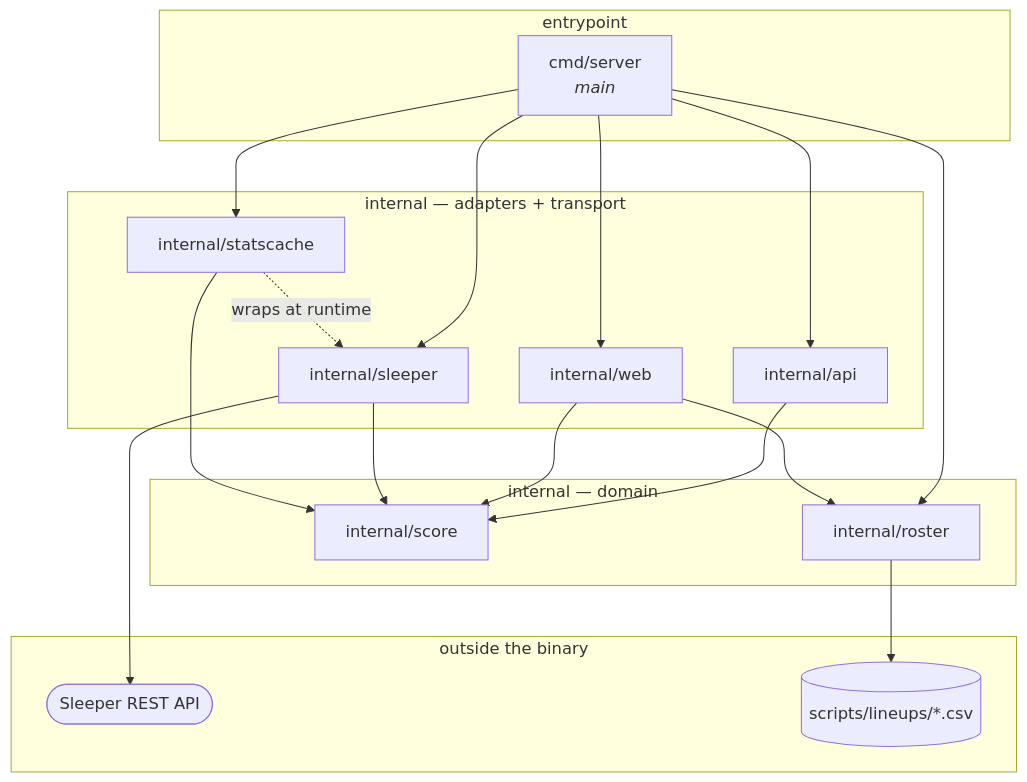
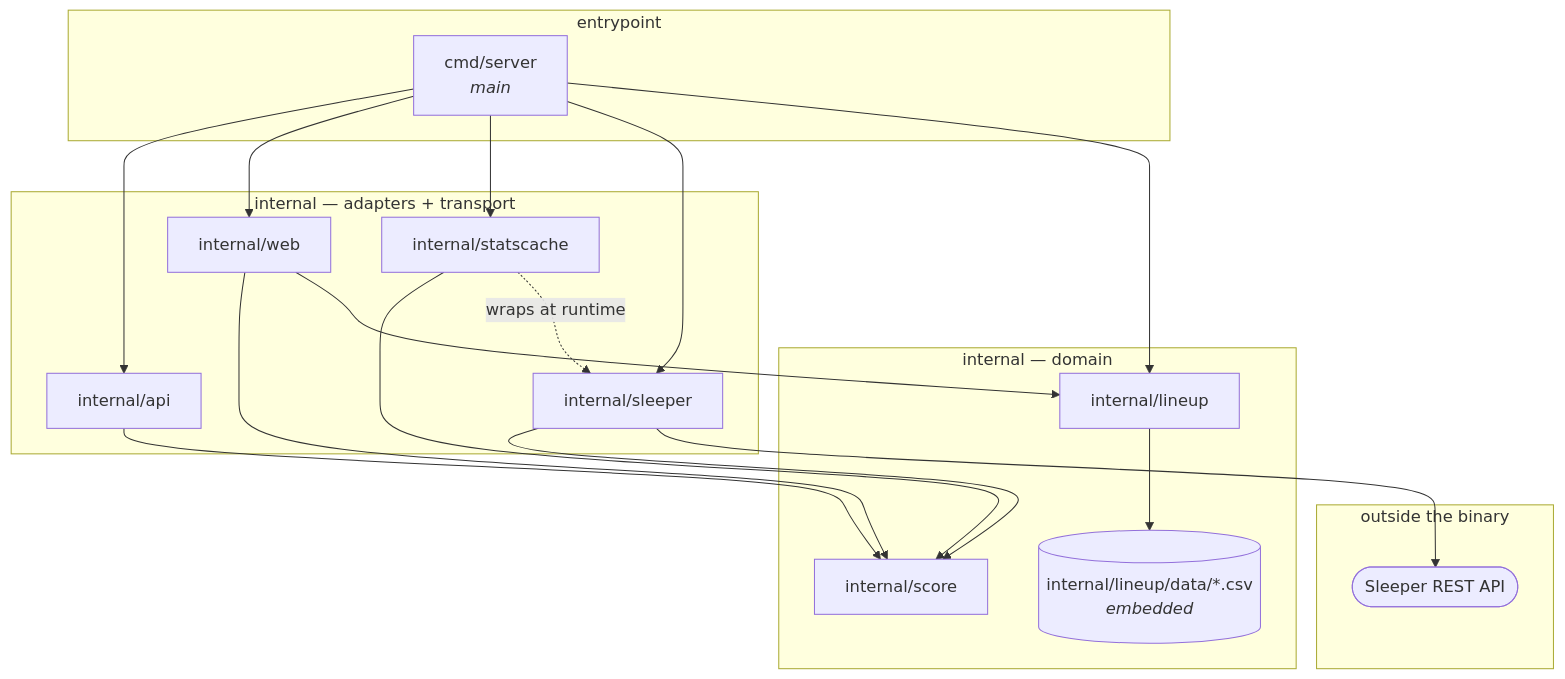
The diagram in docs/package-dependencies.md (eshifrin-606/bojjaes), drawn with Mermaid before and after one commit. The commit also changed other lines of this file and 35 other files, not shown here.

````diff
--- a/docs/package-dependencies.md
+++ b/docs/package-dependencies.md
@@ -12,34 +12,34 @@
 ```mermaid
 graph TD
     subgraph entry["entrypoint"]
         main["cmd/server<br/><i>main</i>"]
     end
     subgraph domain["internal — domain"]
         score["internal/score"]
-        roster["internal/roster"]
+        lineup["internal/lineup"]
+        files[("internal/lineup/data/*.csv<br/><i>embedded</i>")]
     end
     subgraph adapters["internal — adapters + transport"]
         sleeperpkg["internal/sleeper"]
         statscache["internal/statscache"]
         api["internal/api"]
         web["internal/web"]
     end
     subgraph ext["outside the binary"]
         sleeper(["Sleeper REST API"])
-        files[("scripts/lineups/*.csv")]
     end
 
     main --> api
     main --> web
     main --> statscache
     main --> sleeperpkg
-    main --> roster
+    main --> lineup
     api --> score
     web --> score
-    web --> roster
+    web --> lineup
     sleeperpkg --> score
     sleeperpkg --> sleeper
     statscache --> score
     statscache -. wraps at runtime .-> sleeperpkg
-    roster --> files
+    lineup --> files
 ```
````
